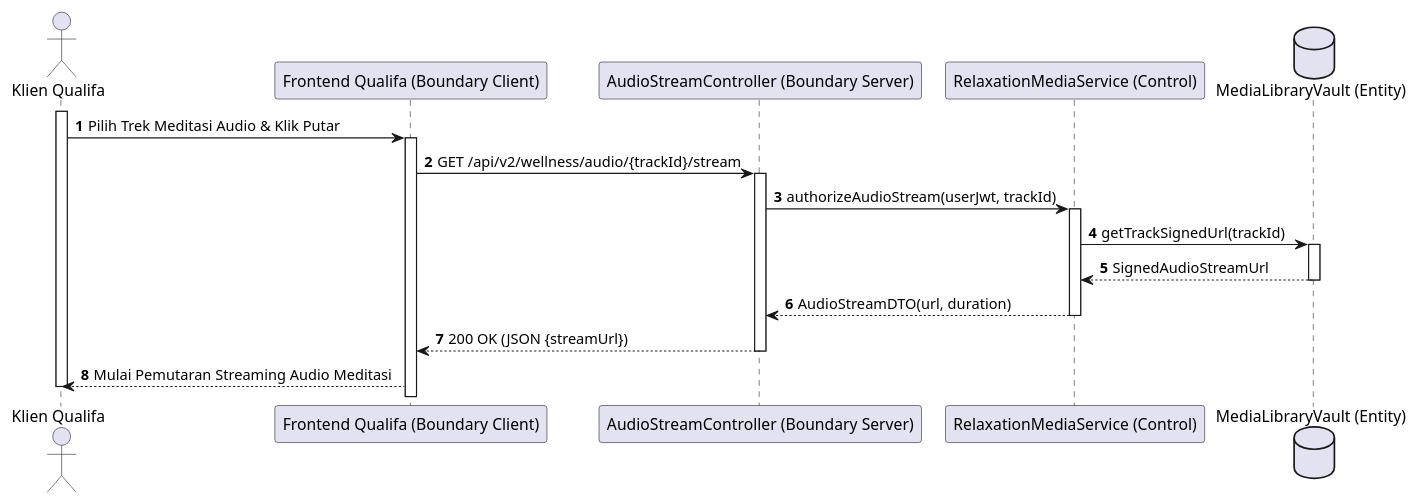
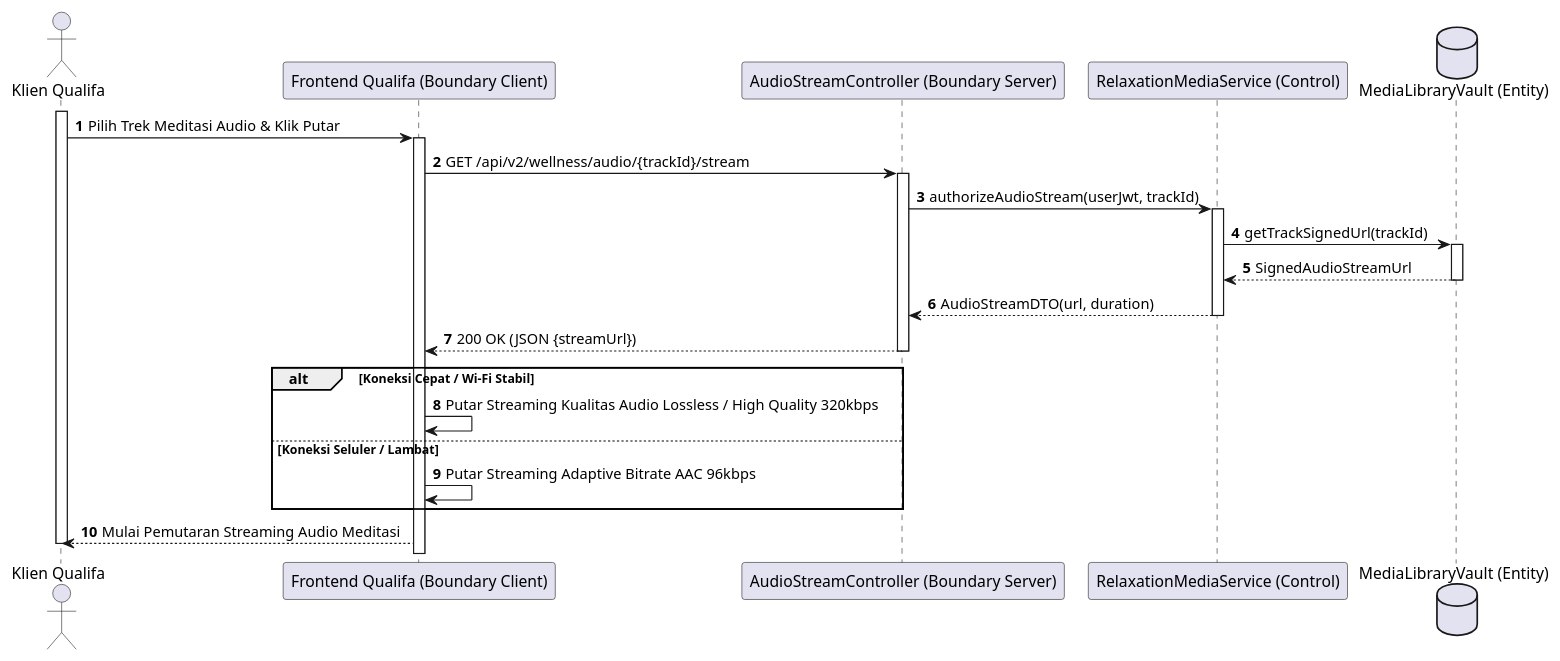
One commit to tupperwureism/SuperApp-Gagal changed diagram 22 of 28 in MarkDown/plantuml_sequence_diagrams.md. Above: the diagram before and after it, drawn with PlantUML. The commit also changed other lines of this file and 1 other file, not shown here.

Commit message:
docs: Deep 1-to-1 logical synchronization across all 28 Sequence Diagrams with AD branches

````diff
--- a/MarkDown/plantuml_sequence_diagrams.md
+++ b/MarkDown/plantuml_sequence_diagrams.md
@@ -1095,21 +1222,28 @@
 ```plantuml
 @startuml
 autonumber
 actor "Klien Qualifa" as User
 participant "Frontend Qualifa (Boundary Client)" as B_FE
 participant "AudioStreamController (Boundary Server)" as B_BE
 participant "RelaxationMediaService (Control)" as C_Svc
 database "MediaLibraryVault (Entity)" as E_DB
 
 activate User
 User -> B_FE ++ : Pilih Trek Meditasi Audio & Klik Putar
 B_FE -> B_BE ++ : GET /api/v2/wellness/audio/{trackId}/stream
 B_BE -> C_Svc ++ : authorizeAudioStream(userJwt, trackId)
 C_Svc -> E_DB ++ : getTrackSignedUrl(trackId)
 E_DB --> C_Svc -- : SignedAudioStreamUrl
 C_Svc --> B_BE -- : AudioStreamDTO(url, duration)
 B_BE --> B_FE -- : 200 OK (JSON {streamUrl})
+
+alt Koneksi Cepat / Wi-Fi Stabil
+    B_FE -> B_FE : Putar Streaming Kualitas Audio Lossless / High Quality 320kbps
+else Koneksi Seluler / Lambat
+    B_FE -> B_FE : Putar Streaming Adaptive Bitrate AAC 96kbps
+end
+
 B_FE --> User : Mulai Pemutaran Streaming Audio Meditasi
 deactivate User
 @enduml
 ```
````
